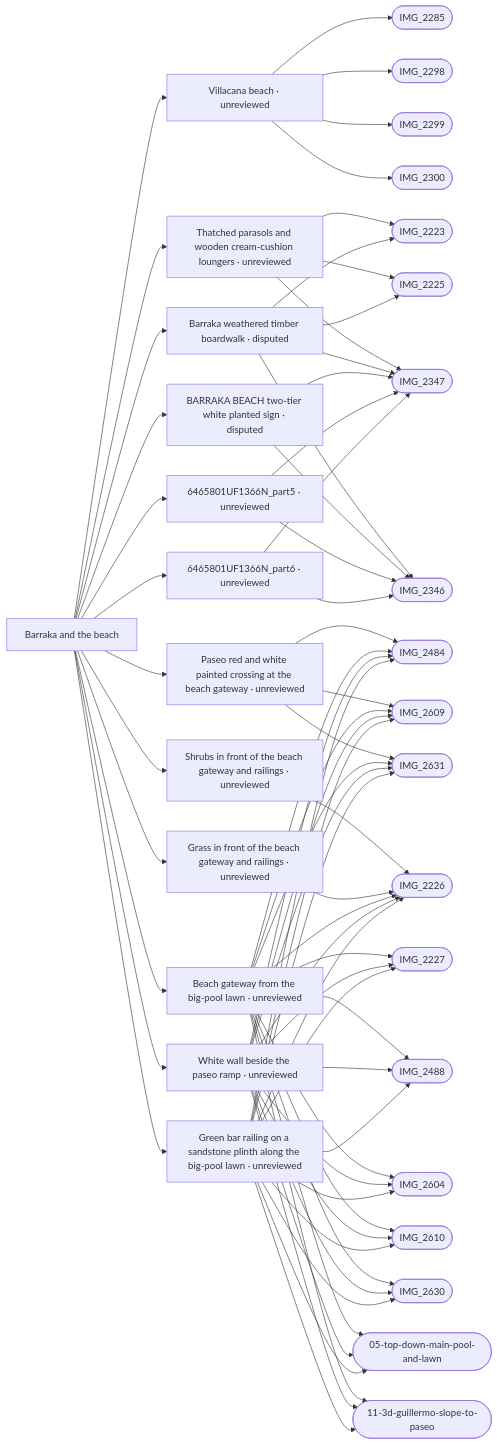
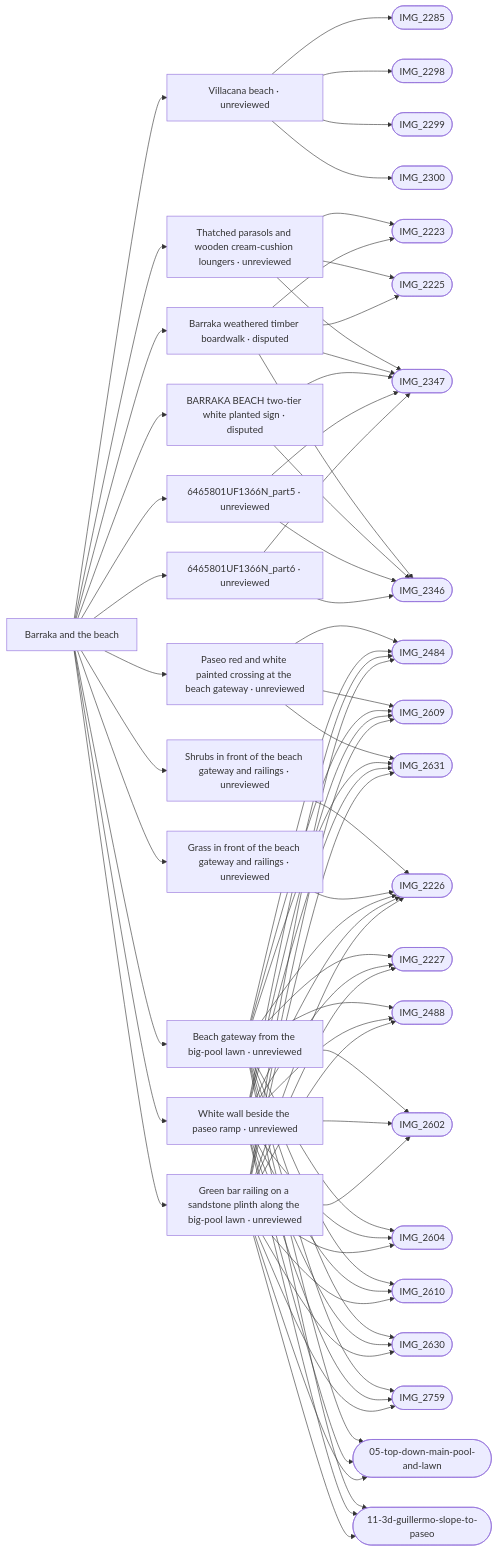
One commit to daveyboyc/villacana-venture changed the diagram in refs/areas/barraka-beach.md. Above: the diagram before and after it, drawn with Mermaid. The commit also changed other lines of this file and 37 other files, not shown here.

````diff
--- a/refs/areas/barraka-beach.md
+++ b/refs/areas/barraka-beach.md
@@ -53,71 +53,77 @@
 ```mermaid
 graph LR
   A["Barraka and the beach"]
   A --> F0["Villacana beach · unreviewed"]
   F0 --> PIMG_2285_jpg(["IMG_2285"])
   F0 --> PIMG_2298_jpg(["IMG_2298"])
   F0 --> PIMG_2299_jpg(["IMG_2299"])
   F0 --> PIMG_2300_jpg(["IMG_2300"])
   A --> F1["Thatched parasols and wooden cream-cushion loungers · unreviewed"]
   F1 --> PIMG_2223_jpg(["IMG_2223"])
   F1 --> PIMG_2225_jpg(["IMG_2225"])
   F1 --> PIMG_2347_jpg(["IMG_2347"])
   A --> F2["Barraka weathered timber boardwalk · disputed"]
   F2 --> PIMG_2223_jpg(["IMG_2223"])
   F2 --> PIMG_2225_jpg(["IMG_2225"])
   F2 --> PIMG_2346_jpg(["IMG_2346"])
   F2 --> PIMG_2347_jpg(["IMG_2347"])
   A --> F3["BARRAKA BEACH two-tier white planted sign · disputed"]
   F3 --> PIMG_2346_jpg(["IMG_2346"])
   F3 --> PIMG_2347_jpg(["IMG_2347"])
   A --> F4["Paseo red and white painted crossing at the beach gateway · unreviewed"]
   F4 --> PIMG_2484_jpg(["IMG_2484"])
   F4 --> PIMG_2609_jpg(["IMG_2609"])
   F4 --> PIMG_2631_jpg(["IMG_2631"])
   A --> F5["Shrubs in front of the beach gateway and railings · unreviewed"]
   F5 --> PIMG_2226_jpg(["IMG_2226"])
   A --> F6["Grass in front of the beach gateway and railings · unreviewed"]
   F6 --> PIMG_2226_jpg(["IMG_2226"])
   A --> F7["6465801UF1366N_part5 · unreviewed"]
   F7 --> PIMG_2346_jpg(["IMG_2346"])
   F7 --> PIMG_2347_jpg(["IMG_2347"])
   A --> F8["6465801UF1366N_part6 · unreviewed"]
   F8 --> PIMG_2346_jpg(["IMG_2346"])
   F8 --> PIMG_2347_jpg(["IMG_2347"])
   A --> F9["Beach gateway from the big-pool lawn · unreviewed"]
   F9 --> PIMG_2226_jpg(["IMG_2226"])
   F9 --> PIMG_2227_jpg(["IMG_2227"])
   F9 --> PIMG_2484_jpg(["IMG_2484"])
   F9 --> PIMG_2488_jpg(["IMG_2488"])
+  F9 --> PIMG_2602_jpg(["IMG_2602"])
   F9 --> PIMG_2604_jpg(["IMG_2604"])
   F9 --> PIMG_2609_jpg(["IMG_2609"])
   F9 --> PIMG_2610_jpg(["IMG_2610"])
   F9 --> PIMG_2630_jpg(["IMG_2630"])
   F9 --> PIMG_2631_jpg(["IMG_2631"])
+  F9 --> PIMG_2759_jpg(["IMG_2759"])
   F9 --> Pref_apple_maps_05_top_down_main_pool_and_lawn_png(["05-top-down-main-pool-and-lawn"])
   F9 --> Pref_apple_maps_11_3d_guillermo_slope_to_paseo_png(["11-3d-guillermo-slope-to-paseo"])
   A --> F10["White wall beside the paseo ramp · unreviewed"]
   F10 --> PIMG_2226_jpg(["IMG_2226"])
   F10 --> PIMG_2227_jpg(["IMG_2227"])
   F10 --> PIMG_2484_jpg(["IMG_2484"])
   F10 --> PIMG_2488_jpg(["IMG_2488"])
+  F10 --> PIMG_2602_jpg(["IMG_2602"])
   F10 --> PIMG_2604_jpg(["IMG_2604"])
   F10 --> PIMG_2609_jpg(["IMG_2609"])
   F10 --> PIMG_2610_jpg(["IMG_2610"])
   F10 --> PIMG_2630_jpg(["IMG_2630"])
   F10 --> PIMG_2631_jpg(["IMG_2631"])
+  F10 --> PIMG_2759_jpg(["IMG_2759"])
   F10 --> Pref_apple_maps_05_top_down_main_pool_and_lawn_png(["05-top-down-main-pool-and-lawn"])
   F10 --> Pref_apple_maps_11_3d_guillermo_slope_to_paseo_png(["11-3d-guillermo-slope-to-paseo"])
   A --> F11["Green bar railing on a sandstone plinth along the big-pool lawn · unreviewed"]
   F11 --> PIMG_2226_jpg(["IMG_2226"])
   F11 --> PIMG_2227_jpg(["IMG_2227"])
   F11 --> PIMG_2484_jpg(["IMG_2484"])
   F11 --> PIMG_2488_jpg(["IMG_2488"])
+  F11 --> PIMG_2602_jpg(["IMG_2602"])
   F11 --> PIMG_2604_jpg(["IMG_2604"])
   F11 --> PIMG_2609_jpg(["IMG_2609"])
   F11 --> PIMG_2610_jpg(["IMG_2610"])
   F11 --> PIMG_2630_jpg(["IMG_2630"])
   F11 --> PIMG_2631_jpg(["IMG_2631"])
+  F11 --> PIMG_2759_jpg(["IMG_2759"])
   F11 --> Pref_apple_maps_05_top_down_main_pool_and_lawn_png(["05-top-down-main-pool-and-lawn"])
   F11 --> Pref_apple_maps_11_3d_guillermo_slope_to_paseo_png(["11-3d-guillermo-slope-to-paseo"])
 ```
````
